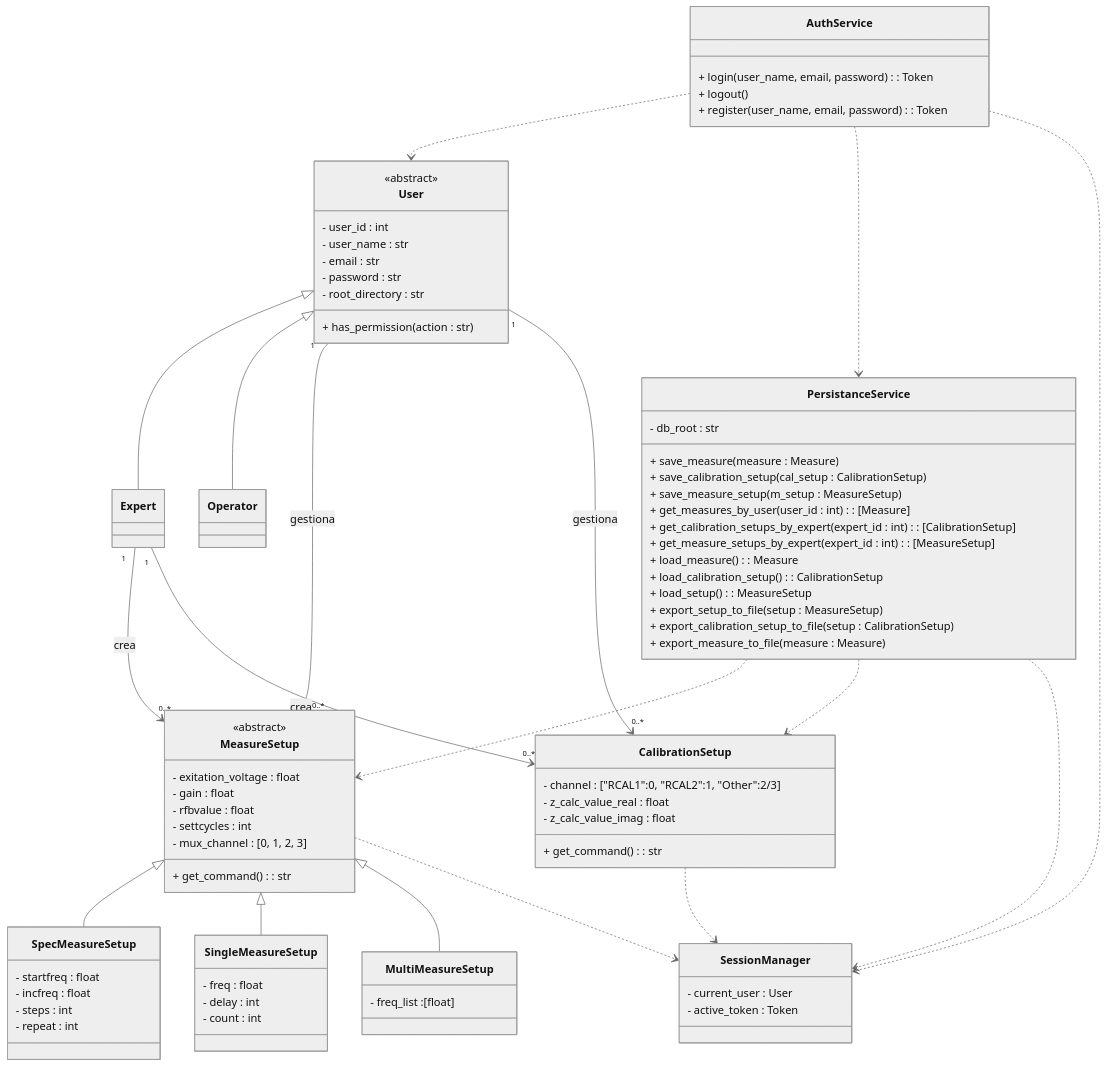
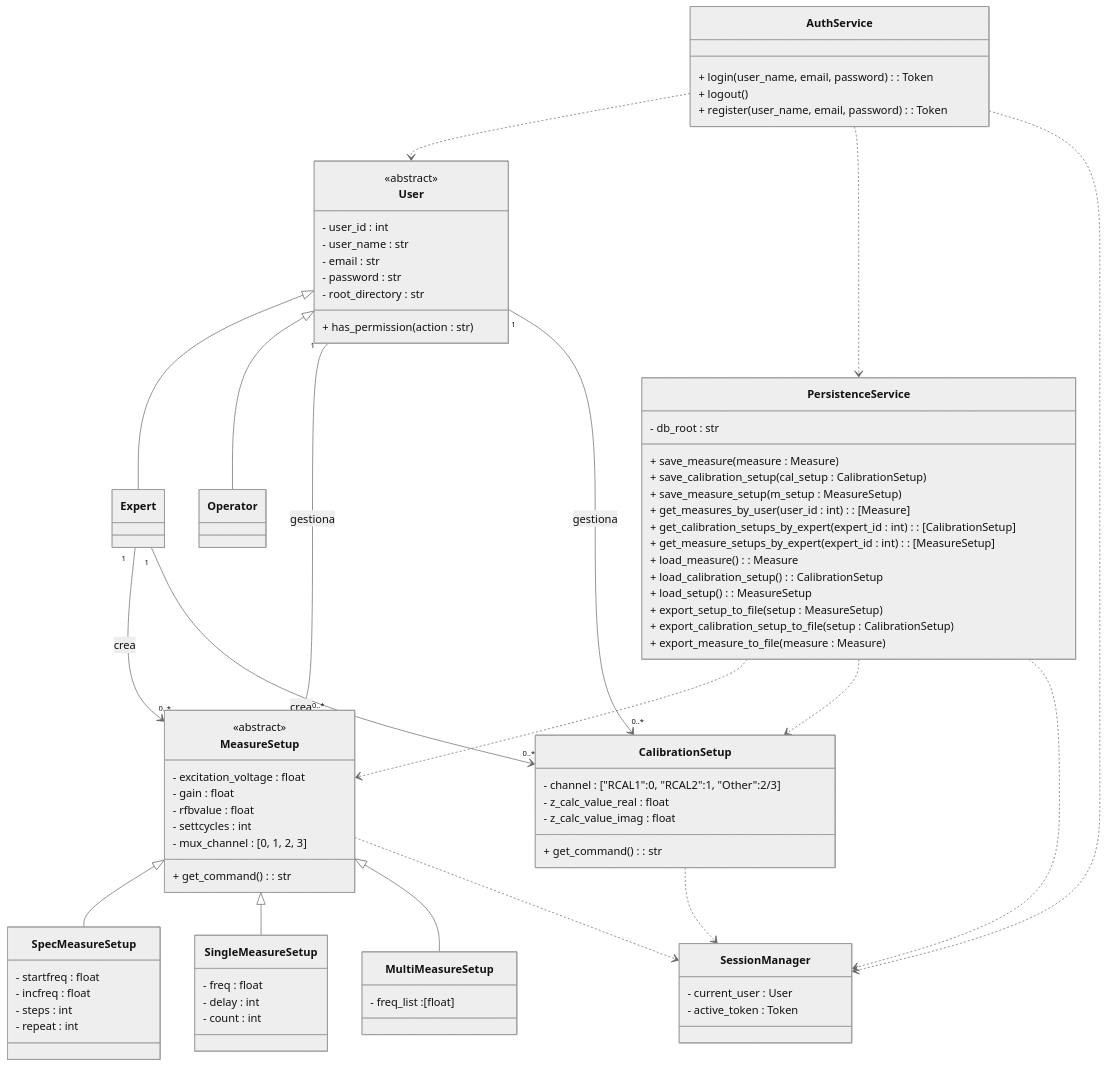
One commit to alegrelias/Repo-GMini changed diagram 16 of 22 in Gmini-MarkDown/Guanaco Mini.md. Above: the diagram before and after it, drawn with Mermaid (neutral theme). The commit also changed other lines of this file, not shown here.

```diff
--- a/Gmini-MarkDown/Guanaco Mini.md
+++ b/Gmini-MarkDown/Guanaco Mini.md
@@ -1641,7 +1655,7 @@
 	+ register(user_name, email, password) : Token
 }
 
-class PersistanceService{
+class PersistenceService{
 	- db_root : str
 	  
 	%% operaciones en db
@@ -1663,7 +1677,7 @@
 
 class MeasureSetup {
 		<<abstract>>
-		- exitation_voltage : float
+		- excitation_voltage : float
 		- gain : float
 		- rfbvalue : float
 		- settcycles : int
@@ -1706,12 +1720,12 @@
 User "1"-->"0..*" CalibrationSetup : gestiona
 
 AuthService ..> User
-AuthService ..>  PersistanceService
+AuthService ..>  PersistenceService
 AuthService ..>  SessionManager
 
-PersistanceService ..> MeasureSetup
-PersistanceService ..> CalibrationSetup
-PersistanceService ..> SessionManager
+PersistenceService ..> MeasureSetup
+PersistenceService ..> CalibrationSetup
+PersistenceService ..> SessionManager
 
 CalibrationSetup ..> SessionManager
 
```
